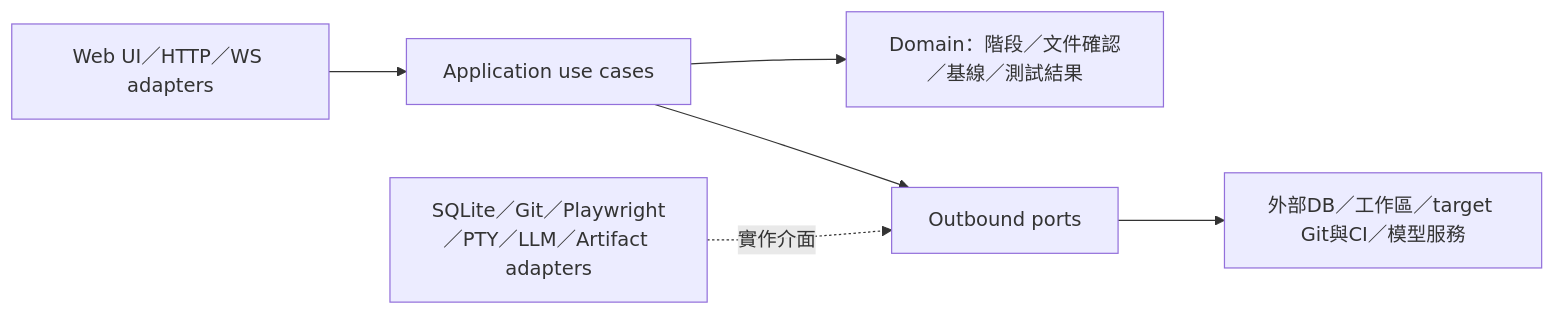
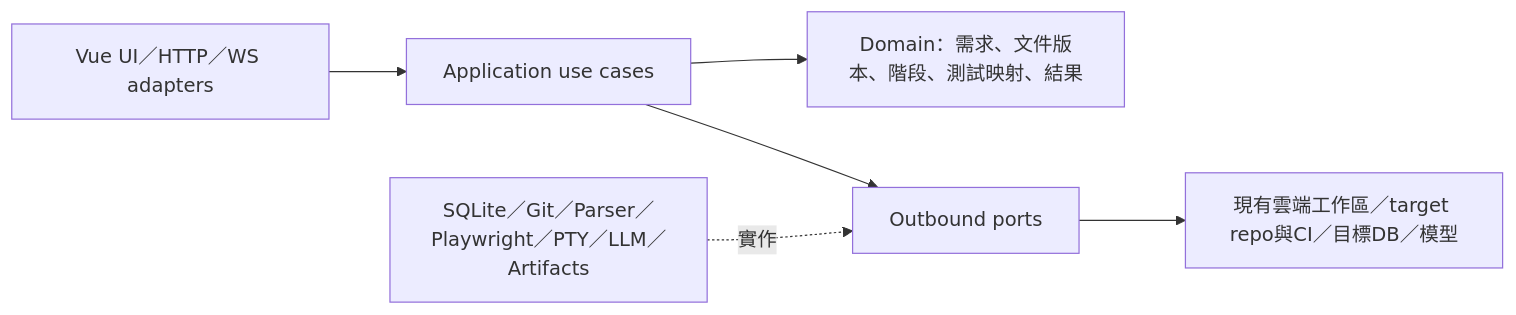
Before and after one commit to Xing00000/bdd: the first of 2 diagrams in spec/REQ-WB-001/SD.md, drawn with Mermaid. The commit also changed other lines of this file and 3 other files, not shown here.

````diff
--- a/spec/REQ-WB-001/SD.md
+++ b/spec/REQ-WB-001/SD.md
@@ -43,8 +40,8 @@
-```mermaid
+~~~mermaid
 flowchart LR
-  UI[Web UI／HTTP／WS adapters] --> IN[Application use cases]
-  IN --> D[Domain：階段／文件確認／基線／測試結果]
-  IN --> P[Outbound ports]
-  A[SQLite／Git／Playwright／PTY／LLM／Artifact adapters] -.實作介面.-> P
-  P --> X[外部DB／工作區／target Git與CI／模型服務]
-```
+  Vue[Vue UI／HTTP／WS adapters] --> App[Application use cases]
+  App --> Domain[Domain：需求、文件版本、階段、測試映射、結果]
+  App --> Ports[Outbound ports]
+  Adapters[SQLite／Git／Parser／Playwright／PTY／LLM／Artifacts] -.實作.-> Ports
+  Ports --> Runtime[現有雲端工作區／target repo與CI／目標DB／模型]
+~~~
````
